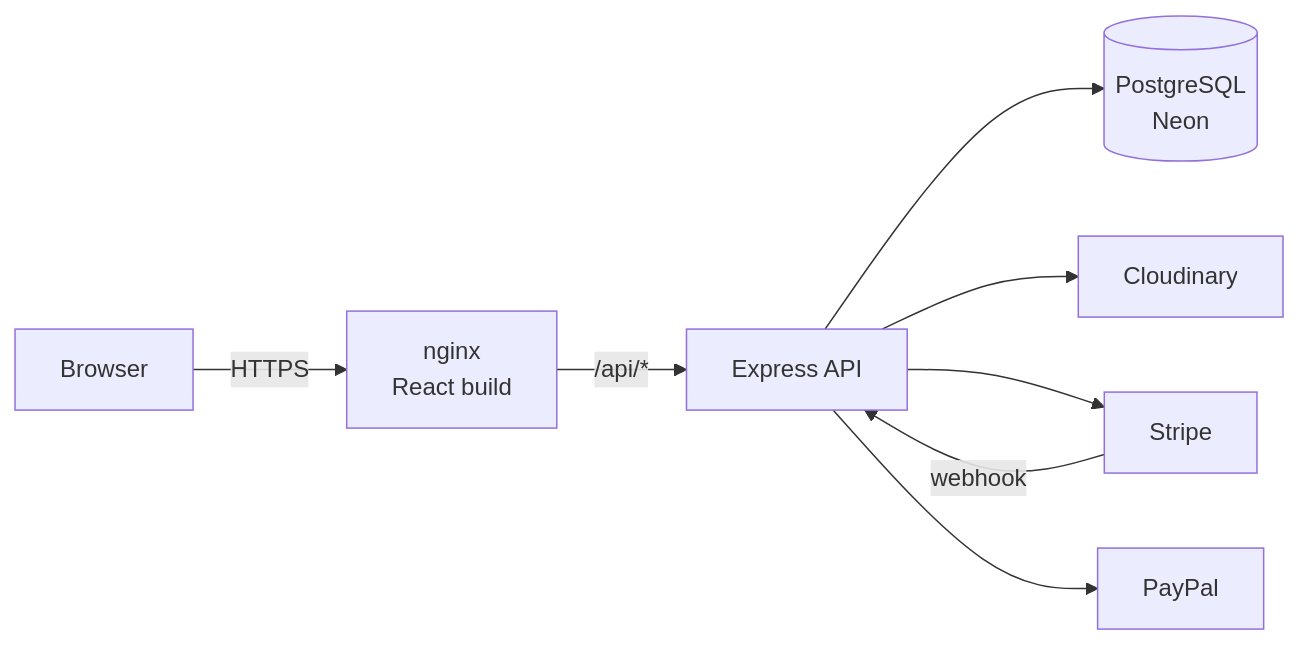
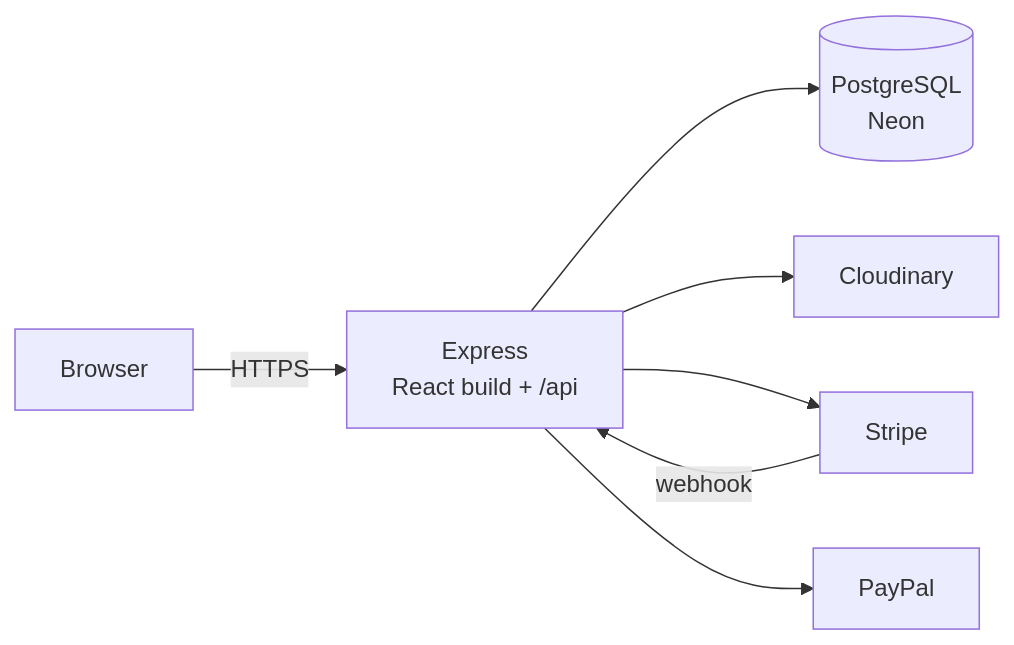
One commit to skycode9/PERN-Ecommerce changed the first of 3 diagrams in README.md. Above: the diagram before and after it, drawn with Mermaid. The commit also changed other lines of this file and 6 other files, not shown here.

````diff
--- a/README.md
+++ b/README.md
@@ -100,10 +100,9 @@
 ```mermaid
 flowchart LR
-  B[Browser] -->|HTTPS| N[nginx<br/>React build]
-  N -->|/api/*| A[Express API]
+  B[Browser] -->|HTTPS| A[Express<br/>React build + /api]
   A --> DB[(PostgreSQL<br/>Neon)]
   A --> C[Cloudinary]
   A --> S[Stripe]
   A --> P[PayPal]
   S -->|webhook| A
 ```
````
